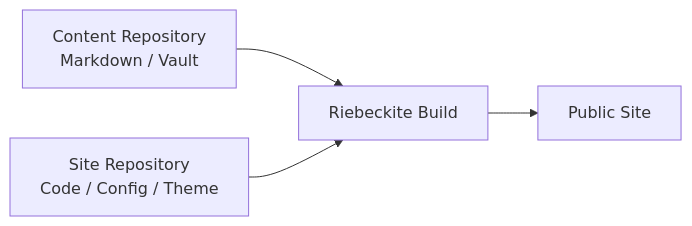
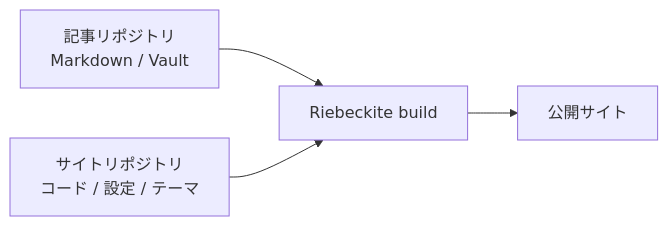
One commit to Rerurate514/riebeckite changed the second of 10 diagrams in docs/docs/guides/content-repositories.ja.md. Above: the diagram before and after it, drawn with Mermaid. The commit also changed other lines of this file and 3 other files, not shown here.

````diff
--- a/docs/docs/guides/content-repositories.ja.md
+++ b/docs/docs/guides/content-repositories.ja.md
@@ -93,11 +57,11 @@
 ```mermaid
 flowchart LR
-    Content["Content Repository<br/>Markdown / Vault"]
-    Site["Site Repository<br/>Code / Config / Theme"]
-    Build["Riebeckite Build"]
-    Public["Public Site"]
+    Content["記事リポジトリ<br/>Markdown / Vault"]
+    Site["サイトリポジトリ<br/>コード / 設定 / テーマ"]
+    Build["Riebeckite build"]
+    Public["公開サイト"]
 
     Content --> Build
     Site --> Build
     Build --> Public
 ```
````
